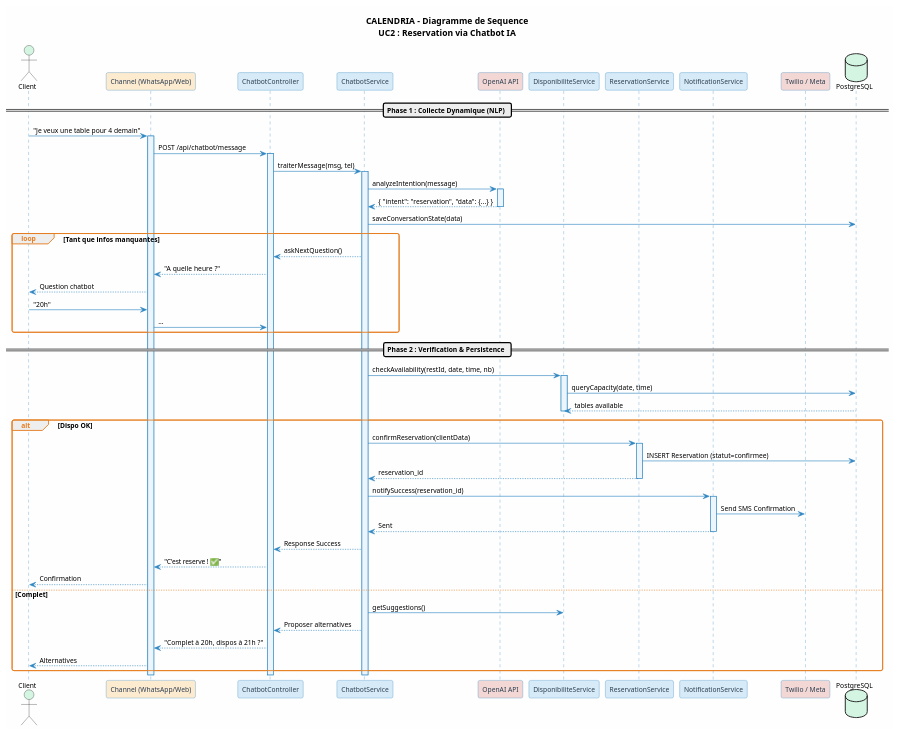
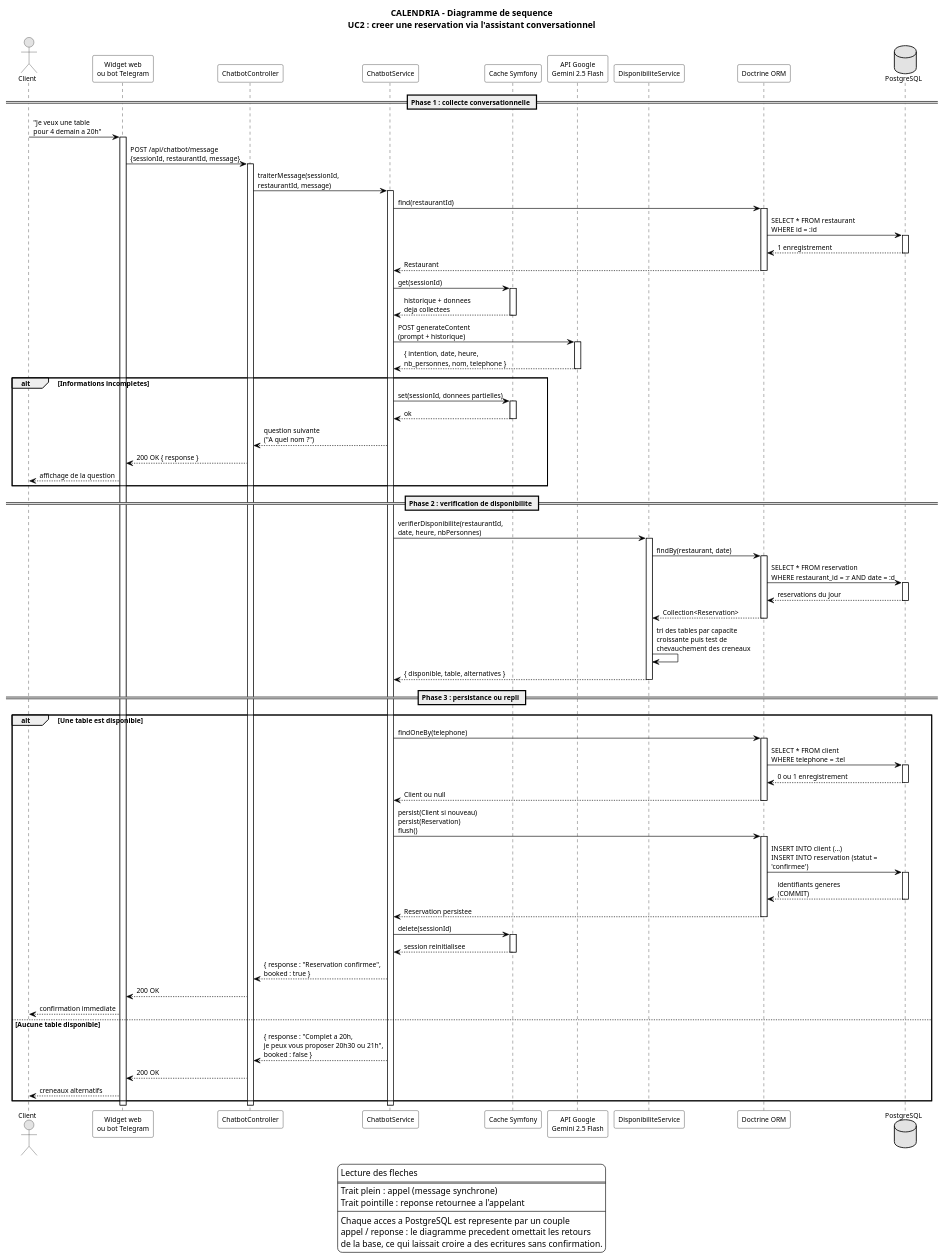
Before and after one commit to SafiBougherara/projet_fin_annee: the diagram in documentation/Jalon4/sequence_reservation_chatbot.puml, drawn with PlantUML. The commit also changed 16 other files, not shown here.

Commit message:
docs: apply supervisor review (MERISE, UML, project report) + CI security job

```diff
--- a/documentation/Jalon4/sequence_reservation_chatbot.puml
+++ b/documentation/Jalon4/sequence_reservation_chatbot.puml
@@ -1,107 +1,175 @@
 @startuml SEQ_Reservation_Chatbot
-title CALENDRIA - Diagramme de Sequence\nUC2 : Reservation via Chatbot IA
+' =====================================================================
+'  CALENDRIA - Diagramme de sequence
+'  UC2 : creer une reservation via l'assistant conversationnel
+'
+'  Corrections apportees :
+'   - CHAQUE appel a la base de donnees possede desormais sa fleche de
+'     RETOUR en pointilles (le diagramme precedent n'en avait aucune)
+'   - les participants correspondent au code reellement livre :
+'       Google Gemini 2.5 Flash (et non OpenAI)
+'       Cache Symfony pour l'etat de la conversation (et non une table)
+'       aucun NotificationService ni Twilio : hors perimetre du MVP
+' =====================================================================
 
-skinparam backgroundColor #FEFEFE
+title CALENDRIA - Diagramme de sequence\nUC2 : creer une reservation via l'assistant conversationnel
+
+skinparam monochrome true
+skinparam shadowing false
+skinparam backgroundColor #FFFFFF
 skinparam defaultFontName Arial
 skinparam defaultFontSize 11
-skinparam roundCorner 6
-skinparam sequenceMessageFontSize 10
-skinparam sequenceParticipantFontSize 11
+skinparam sequenceMessageAlign left
+skinparam maxMessageSize 220
 
 skinparam participant {
-    BackgroundColor #FAFBFC
-    BorderColor #2E86C1
-    FontColor #2C3E50
+  BackgroundColor #FFFFFF
+  BorderColor #000000
 }
-
 skinparam sequence {
-    ArrowColor #2E86C1
-    LifeLineBorderColor #2E86C1
-    LifeLineBackgroundColor #EBF5FB
-    GroupBorderColor #E67E22
-    GroupHeaderFontColor #E67E22
+  ArrowColor #000000
+  LifeLineBorderColor #000000
+  LifeLineBackgroundColor #FFFFFF
+  GroupBorderColor #000000
 }
 
 ' ─────────────────────────────────────────────
-' PARTICIPANTS
+'  PARTICIPANTS
 ' ─────────────────────────────────────────────
 
-actor "Client" as client #D5F5E3
-participant "Channel (WhatsApp/Web)" as canal #FDEBD0
-participant "ChatbotController" as controller #D6EAF8
-participant "ChatbotService" as chatbot_svc #D6EAF8
-participant "OpenAI API" as openai #F2D7D5
-participant "DisponibiliteService" as dispo_svc #D6EAF8
-participant "ReservationService" as resa_svc #D6EAF8
-participant "NotificationService" as notif_svc #D6EAF8
-participant "Twilio / Meta" as provider #F2D7D5
-database "PostgreSQL" as db #D5F5E3
+actor "Client" as client
+participant "Widget web\nou bot Telegram" as canal
+participant "ChatbotController" as controller
+participant "ChatbotService" as chatbot
+participant "Cache Symfony" as cache
+participant "API Google\nGemini 2.5 Flash" as gemini
+participant "DisponibiliteService" as dispo
+participant "Doctrine ORM" as orm
+database "PostgreSQL" as db
 
-' ─────────────────────────────────────────────
-' FLUX
-' ─────────────────────────────────────────────
+' =====================================================================
+'  PHASE 1 : COLLECTE CONVERSATIONNELLE
+' =====================================================================
 
-== Phase 1 : Collecte Dynamique (NLP) ==
+== Phase 1 : collecte conversationnelle ==
 
-client -> canal : "Je veux une table pour 4 demain"
+client -> canal : "Je veux une table\npour 4 demain a 20h"
 activate canal
 
-canal -> controller : POST /api/chatbot/message
+canal -> controller : POST /api/chatbot/message\n{sessionId, restaurantId, message}
 activate controller
 
-controller -> chatbot_svc : traiterMessage(msg, tel)
-activate chatbot_svc
+controller -> chatbot : traiterMessage(sessionId,\nrestaurantId, message)
+activate chatbot
 
-chatbot_svc -> openai : analyzeIntention(message)
-activate openai
-openai --> chatbot_svc : { "intent": "reservation", "data": {...} }
-deactivate openai
+chatbot -> orm : find(restaurantId)
+activate orm
+orm -> db : SELECT * FROM restaurant\nWHERE id = :id
+activate db
+db --> orm : 1 enregistrement
+deactivate db
+orm --> chatbot : Restaurant
+deactivate orm
 
-chatbot_svc -> db : saveConversationState(data)
+chatbot -> cache : get(sessionId)
+activate cache
+cache --> chatbot : historique + donnees\ndeja collectees
+deactivate cache
 
-loop Tant que infos manquantes
-    chatbot_svc --> controller : askNextQuestion()
-    controller --> canal : "A quelle heure ?"
-    canal --> client : Question chatbot
-    client -> canal : "20h"
-    canal -> controller : ...
+chatbot -> gemini : POST generateContent\n(prompt + historique)
+activate gemini
+gemini --> chatbot : { intention, date, heure,\nnb_personnes, nom, telephone }
+deactivate gemini
+
+alt Informations incompletes
+  chatbot -> cache : set(sessionId, donnees partielles)
+  activate cache
+  cache --> chatbot : ok
+  deactivate cache
+  chatbot --> controller : question suivante\n("A quel nom ?")
+  controller --> canal : 200 OK { response }
+  canal --> client : affichage de la question
 end
 
-== Phase 2 : Verification & Persistence ==
+' =====================================================================
+'  PHASE 2 : VERIFICATION DE DISPONIBILITE
+' =====================================================================
 
-chatbot_svc -> dispo_svc : checkAvailability(restId, date, time, nb)
-activate dispo_svc
+== Phase 2 : verification de disponibilite ==
 
-dispo_svc -> db : queryCapacity(date, time)
-db --> dispo_svc : tables available
-deactivate dispo_svc
+chatbot -> dispo : verifierDisponibilite(restaurantId,\ndate, heure, nbPersonnes)
+activate dispo
 
-alt Dispo OK
-    chatbot_svc -> resa_svc : confirmReservation(clientData)
-    activate resa_svc
-    resa_svc -> db : INSERT Reservation (statut=confirmee)
-    resa_svc --> chatbot_svc : reservation_id
-    deactivate resa_svc
-    
-    chatbot_svc -> notif_svc : notifySuccess(reservation_id)
-    activate notif_svc
-    notif_svc -> provider : Send SMS Confirmation
-    notif_svc --> chatbot_svc : Sent
-    deactivate notif_svc
-    
-    chatbot_svc --> controller : Response Success
-    controller --> canal : "C'est reserve ! ✅"
-    canal --> client : Confirmation
-    
-else Complet
-    chatbot_svc -> dispo_svc : getSuggestions()
-    chatbot_svc --> controller : Proposer alternatives
-    controller --> canal : "Complet à 20h, dispos à 21h ?"
-    canal --> client : Alternatives
+dispo -> orm : findBy(restaurant, date)
+activate orm
+orm -> db : SELECT * FROM reservation\nWHERE restaurant_id = :r AND date = :d
+activate db
+db --> orm : reservations du jour
+deactivate db
+orm --> dispo : Collection<Reservation>
+deactivate orm
+
+dispo -> dispo : tri des tables par capacite\ncroissante puis test de\nchevauchement des creneaux
+
+dispo --> chatbot : { disponible, table, alternatives }
+deactivate dispo
+
+' =====================================================================
+'  PHASE 3 : PERSISTANCE OU REPLI
+' =====================================================================
+
+== Phase 3 : persistance ou repli ==
+
+alt Une table est disponible
+
+  chatbot -> orm : findOneBy(telephone)
+  activate orm
+  orm -> db : SELECT * FROM client\nWHERE telephone = :tel
+  activate db
+  db --> orm : 0 ou 1 enregistrement
+  deactivate db
+  orm --> chatbot : Client ou null
+  deactivate orm
+
+  chatbot -> orm : persist(Client si nouveau)\npersist(Reservation)\nflush()
+  activate orm
+  orm -> db : INSERT INTO client (...)\nINSERT INTO reservation (statut = 'confirmee')
+  activate db
+  db --> orm : identifiants generes\n(COMMIT)
+  deactivate db
+  orm --> chatbot : Reservation persistee
+  deactivate orm
+
+  chatbot -> cache : delete(sessionId)
+  activate cache
+  cache --> chatbot : session reinitialisee
+  deactivate cache
+
+  chatbot --> controller : { response : "Reservation confirmee",\nbooked : true }
+  controller --> canal : 200 OK
+  canal --> client : confirmation immediate
+
+else Aucune table disponible
+
+  chatbot --> controller : { response : "Complet a 20h,\nje peux vous proposer 20h30 ou 21h",\nbooked : false }
+  controller --> canal : 200 OK
+  canal --> client : creneaux alternatifs
+
 end
 
-deactivate chatbot_svc
+deactivate chatbot
 deactivate controller
 deactivate canal
 
+legend bottom
+  Lecture des fleches
+  ====
+  Trait plein : appel (message synchrone)
+  Trait pointille : reponse retournee a l'appelant
+  ----
+  Chaque acces a PostgreSQL est represente par un couple
+  appel / reponse : le diagramme precedent omettait les retours
+  de la base, ce qui laissait croire a des ecritures sans confirmation.
+endlegend
+
 @enduml
```
